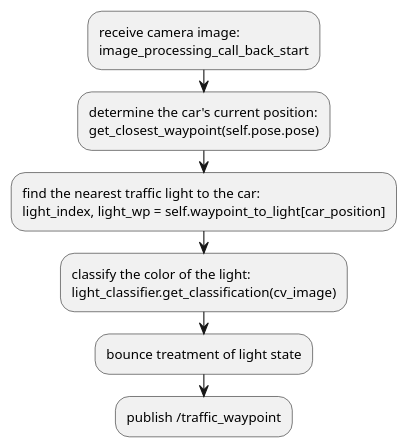
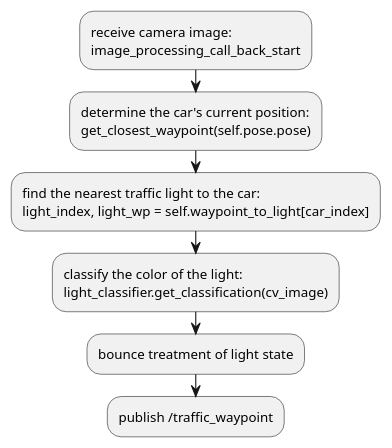
One commit to udacity/CarND-Capstone changed the first of 3 diagrams in tl_detector.org. Above: the diagram before and after it, drawn with PlantUML. The commit also changed other lines of this file and 1 other file, not shown here.

```diff
--- a/tl_detector.org
+++ b/tl_detector.org
@@ -439,14 +439,14 @@
 #+BEGIN_SRC plantuml :file traffic-classification.png
 @startuml
 :receive camera image:
 image_processing_call_back_start;
 :determine the car's current position:
 get_closest_waypoint(self.pose.pose);
 :find the nearest traffic light to the car:
-light_index, light_wp = self.waypoint_to_light[car_position];
+light_index, light_wp = self.waypoint_to_light[car_index];
 :classify the color of the light:
 light_classifier.get_classification(cv_image);
 :bounce treatment of light state;
 :publish /traffic_waypoint;
 @enduml
 #+END_SRC
```
